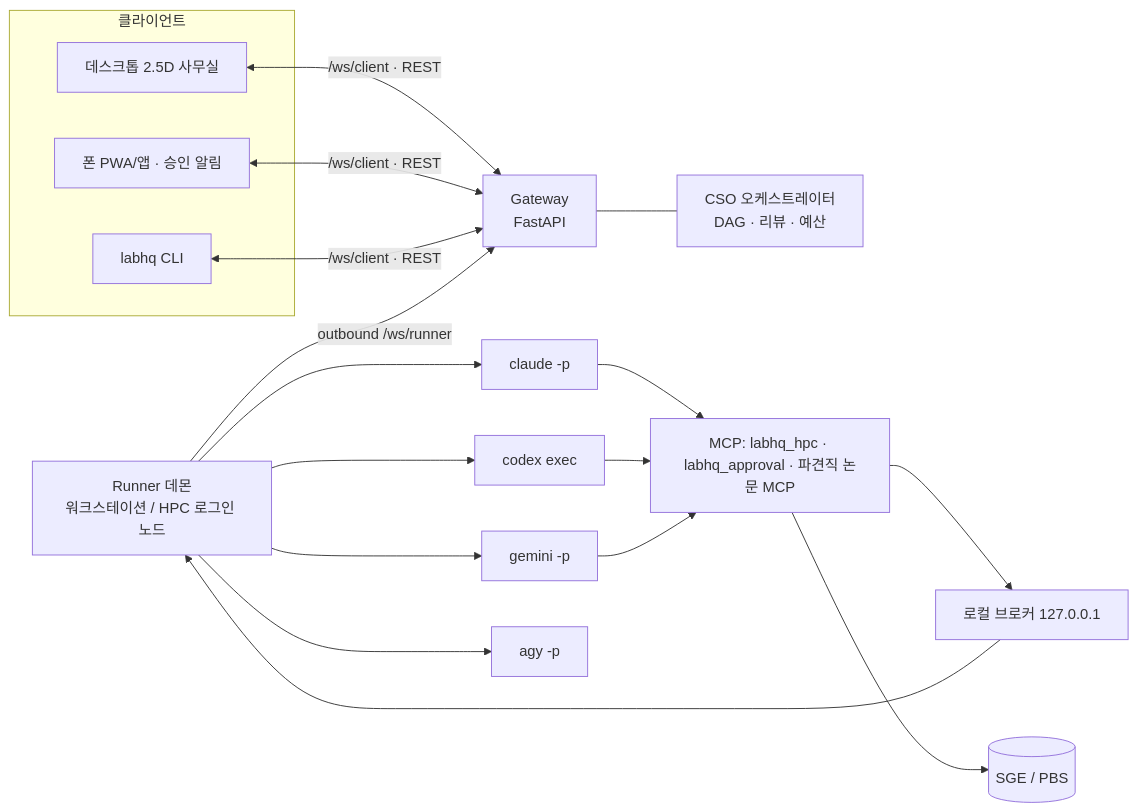
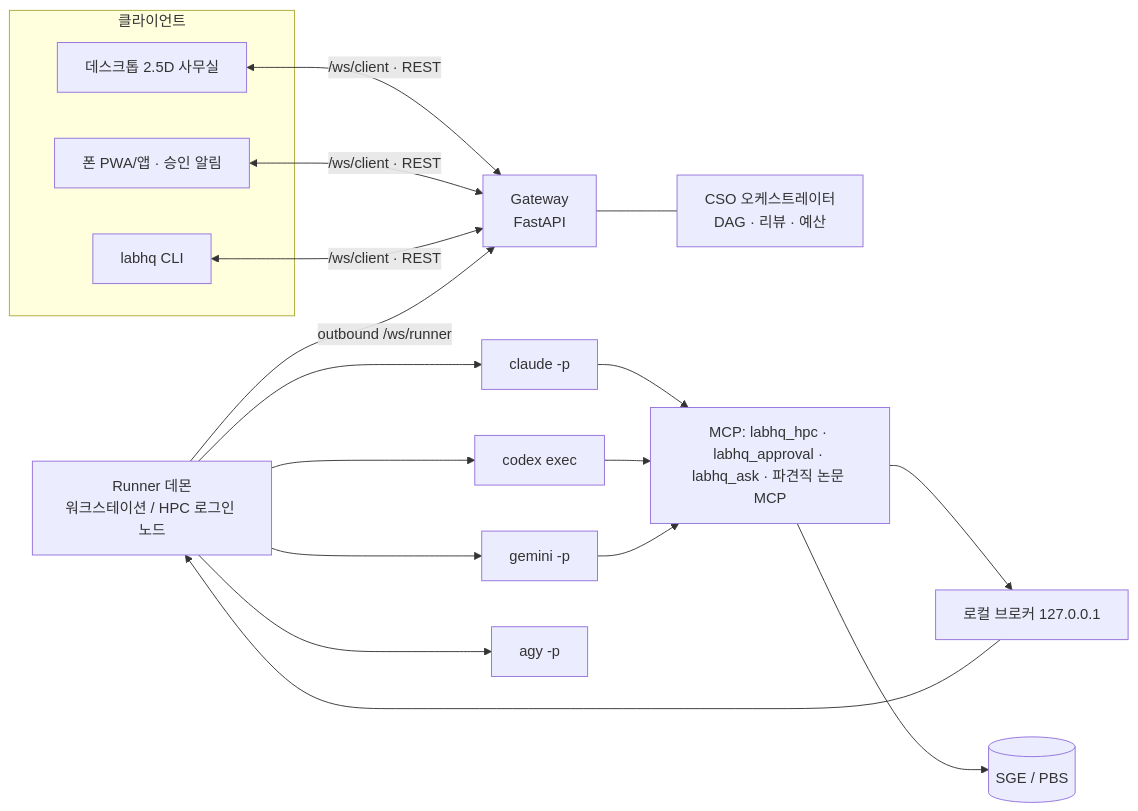
The second of 2 diagrams in README.md (ehojune/bioinfo-team-3d), drawn with Mermaid before and after one commit. The commit also changed other lines of this file and 16 other files, not shown here.

First line of the commit message:
labhq_ask 질의 경로와 task token 추가

````diff
--- a/README.md
+++ b/README.md
@@ -270,15 +271,15 @@
 ```mermaid
 flowchart LR
   subgraph 클라이언트
     D[데스크톱 2.5D 사무실]
     M[폰 PWA/앱 · 승인 알림]
     C[labhq CLI]
   end
   D & M & C <-->|/ws/client · REST| G[Gateway<br/>FastAPI]
   G --- O[CSO 오케스트레이터<br/>DAG · 리뷰 · 예산]
   R[Runner 데몬<br/>워크스테이션 / HPC 로그인 노드] -->|outbound /ws/runner| G
   R --> E1[claude -p] & E2[codex exec] & E3[gemini -p] & E4[agy -p]
-  E1 & E2 & E3 --> T[MCP: labhq_hpc · labhq_approval · 파견직 논문 MCP]
+  E1 & E2 & E3 --> T[MCP: labhq_hpc · labhq_approval · labhq_ask · 파견직 논문 MCP]
   T --> B[로컬 브로커 127.0.0.1] --> R
   T --> H[(SGE / PBS)]
 ```
````
